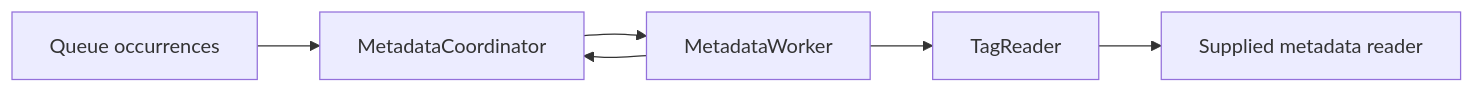
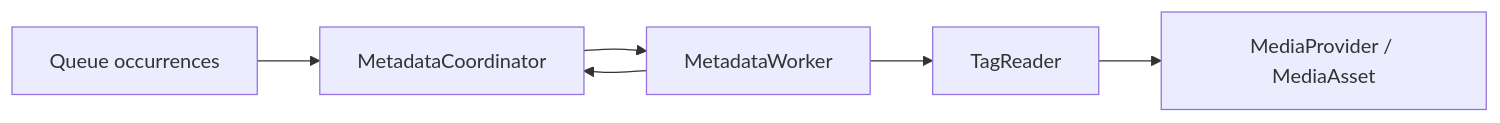
The diagram in src/core/playback/private/metadata/README.md (Vokerlee/wiola-player), drawn with Mermaid before and after one commit. The commit also changed other lines of this file and 18 other files, not shown here.

Commit message:
playback: use one provider contract for metadata work

````diff
--- a/src/core/playback/private/metadata/README.md
+++ b/src/core/playback/private/metadata/README.md
@@ -5,8 +5,8 @@
 ```mermaid
 flowchart LR
     Queue[Queue occurrences] --> Policy[MetadataCoordinator]
     Policy --> Port[MetadataWorker]
     Port --> Worker[TagReader]
-    Worker --> Read[Supplied metadata reader]
+    Worker --> Read[MediaProvider / MediaAsset]
     Port --> Policy
 ```
````
